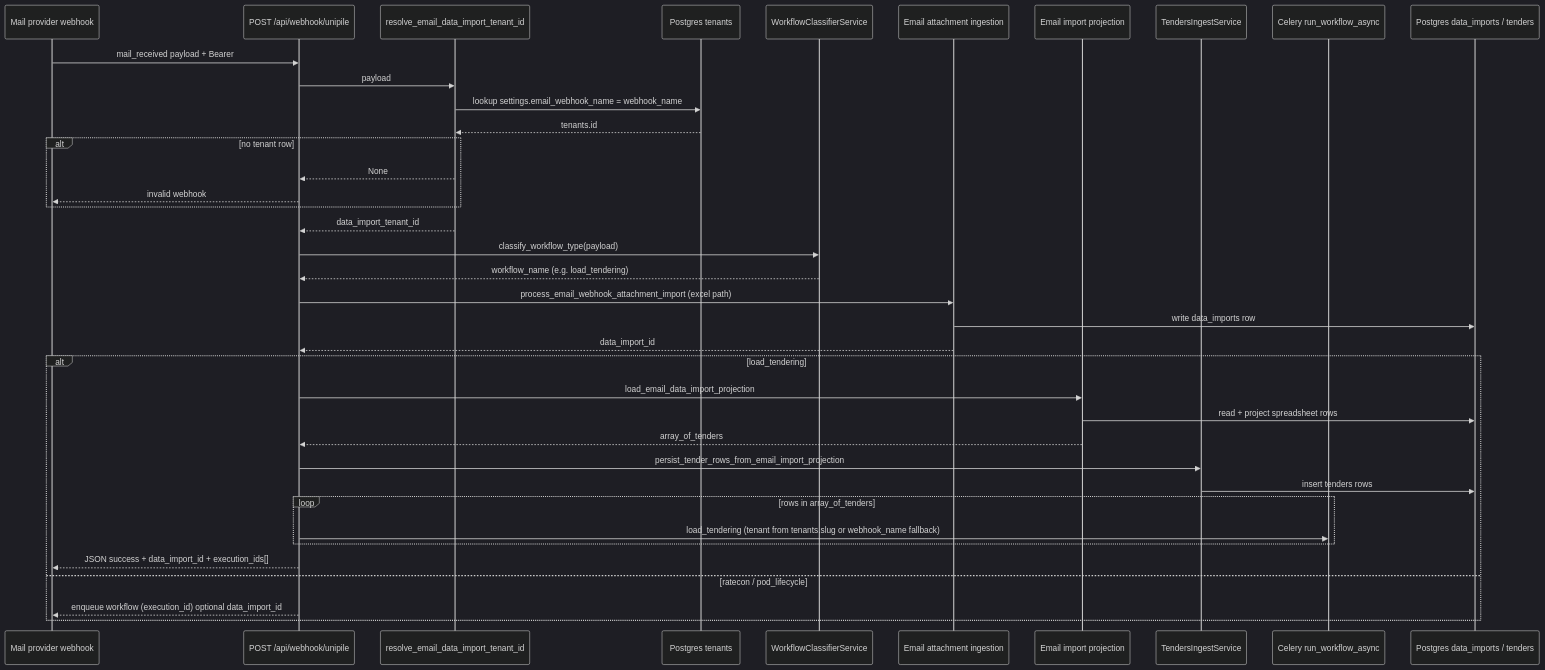
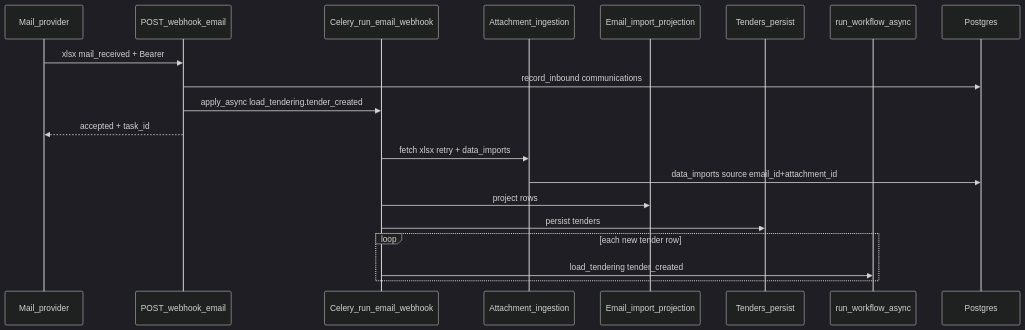
One commit to lil-bunny/testingmulti changed the diagram in docs/load_tendering_email_webhook_flow.md. Above: the diagram before and after it, drawn with Mermaid (dark theme). The commit also changed other lines of this file and 14 other files, not shown here.

First line of the commit message:
Feat/deb/background webhook processing unipile (#38)

````diff
--- a/docs/load_tendering_email_webhook_flow.md
+++ b/docs/load_tendering_email_webhook_flow.md
@@ -22,41 +20,24 @@
 ```mermaid
 sequenceDiagram
-    participant U as Mail provider webhook
-    participant API as POST /api/webhook/unipile
-    participant R as resolve_email_data_import_tenant_id
-    participant DBt as Postgres tenants
-    participant C as WorkflowClassifierService
-    participant Ing as Email attachment ingestion
-    participant DIP as Email import projection
-    participant TI as TendersIngestService
-    participant Cel as Celery run_workflow_async
-    participant DBi as Postgres data_imports / tenders
+    participant U as Mail_provider
+    participant API as POST_webhook_email
+    participant IngCel as Celery_run_email_webhook
+    participant Ing as Attachment_ingestion
+    participant DIP as Email_import_projection
+    participant TI as Tenders_persist
+    participant WF as run_workflow_async
+    participant DB as Postgres
 
-    U->>API: mail_received payload + Bearer
-    API->>R: payload
-    R->>DBt: lookup settings.email_webhook_name = webhook_name
-    DBt-->>R: tenants.id
-    alt no tenant row
-        R-->>API: None
-        API-->>U: invalid webhook
-    end
-    R-->>API: data_import_tenant_id
-    API->>C: classify_workflow_type(payload)
-    C-->>API: workflow_name (e.g. load_tendering)
-    API->>Ing: process_email_webhook_attachment_import (excel path)
-    Ing->>DBi: write data_imports row
-    Ing-->>API: data_import_id
-    alt load_tendering
-        API->>DIP: load_email_data_import_projection
-        DIP->>DBi: read + project spreadsheet rows
-        DIP-->>API: array_of_tenders
-        API->>TI: persist_tender_rows_from_email_import_projection
-        TI->>DBi: insert tenders rows
-        loop rows in array_of_tenders
-            API->>Cel: load_tendering (tenant from tenants.slug or webhook_name fallback)
-        end
-        API-->>U: JSON success + data_import_id + execution_ids[]
-    else ratecon / pod_lifecycle
-        API-->>U: enqueue workflow (execution_id) optional data_import_id
+    U->>API: xlsx mail_received + Bearer
+    API->>DB: record_inbound communications
+    API->>IngCel: apply_async load_tendering.tender_created
+    API-->>U: accepted + task_id
+
+    IngCel->>Ing: fetch xlsx retry + data_imports
+    Ing->>DB: data_imports source email_id+attachment_id
+    IngCel->>DIP: project rows
+    IngCel->>TI: persist tenders
+    loop each new tender row
+        IngCel->>WF: load_tendering tender_created
     end
 ```
````
